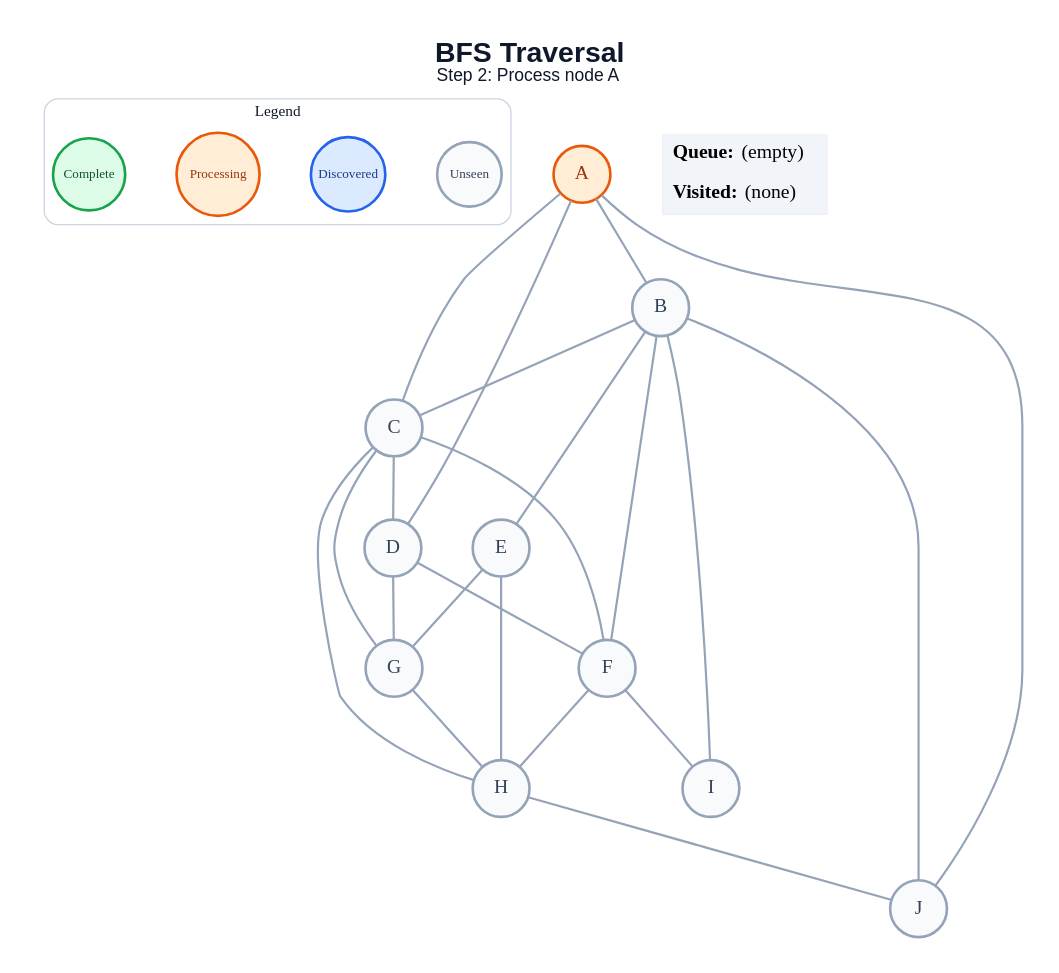
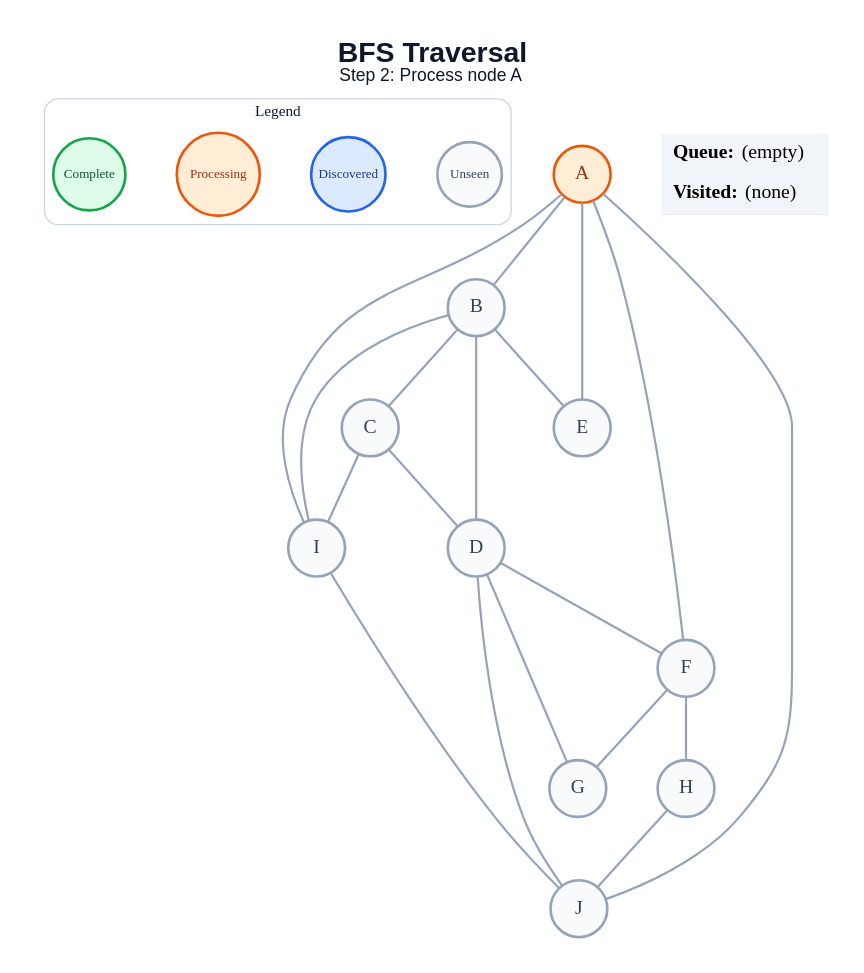
One commit to anon7238593-create/ai-slop changed the diagram in generated/bfs/step_02.dot. Above: the diagram before and after it, drawn with Graphviz. The commit also changed 178 other files, not shown here.

```diff
--- a/generated/bfs/step_02.dot
+++ b/generated/bfs/step_02.dot
@@ -1,50 +1,47 @@
 graph traversal {
   graph [layout=dot, rankdir=TB, bgcolor="#FFFFFF", pad="0.35", nodesep="0.65", ranksep="0.8", fontname="Arial"];
   node [shape=circle, style="filled", fontname="Arial Bold", fontsize=18, width=0.72, fixedsize=true, penwidth=2.4];
   edge [color="#94A3B8", penwidth=2.0];
   label=<<B>BFS Traversal</B><BR/><FONT POINT-SIZE="16">Step 2: Process node A</FONT>>; labelloc="t"; fontsize=26; fontname="Arial"; fontcolor="#0F172A";
   subgraph cluster_legend { label="Legend"; color="#CBD5E1"; penwidth=1.2; style="rounded"; fontsize=14; fontname="Arial Bold";
     key_unseen [label="Unseen", fillcolor="#F8FAFC", color="#94A3B8", fontcolor="#334155", fontsize=12, width=0.82];
     key_frontier [label="Discovered", fillcolor="#DBEAFE", color="#2563EB", fontcolor="#1E3A8A", fontsize=12, width=0.95];
     key_current [label="Processing", fillcolor="#FFEDD5", color="#EA580C", fontcolor="#9A3412", fontsize=12, width=1.05];
     key_done [label="Complete", fillcolor="#DCFCE7", color="#16A34A", fontcolor="#14532D", fontsize=12, width=0.92];
     { rank=same; key_unseen; key_frontier; key_current; key_done; }
   }
   A [fillcolor="#FFEDD5", color="#EA580C", fontcolor="#9A3412"];
   B [fillcolor="#F8FAFC", color="#94A3B8", fontcolor="#334155"];
   C [fillcolor="#F8FAFC", color="#94A3B8", fontcolor="#334155"];
   D [fillcolor="#F8FAFC", color="#94A3B8", fontcolor="#334155"];
   E [fillcolor="#F8FAFC", color="#94A3B8", fontcolor="#334155"];
   F [fillcolor="#F8FAFC", color="#94A3B8", fontcolor="#334155"];
   G [fillcolor="#F8FAFC", color="#94A3B8", fontcolor="#334155"];
   H [fillcolor="#F8FAFC", color="#94A3B8", fontcolor="#334155"];
   I [fillcolor="#F8FAFC", color="#94A3B8", fontcolor="#334155"];
   J [fillcolor="#F8FAFC", color="#94A3B8", fontcolor="#334155"];
   A -- B;
-  A -- C;
-  A -- D;
+  A -- E;
+  A -- F;
+  A -- I;
   A -- J;
   B -- C;
+  B -- D;
   B -- E;
-  B -- F;
   B -- I;
-  B -- J;
   C -- D;
-  C -- F;
-  C -- G;
-  C -- H;
+  C -- I;
   D -- F;
   D -- G;
-  E -- G;
-  E -- H;
+  D -- J;
+  F -- G;
   F -- H;
-  F -- I;
-  G -- H;
   H -- J;
+  I -- J;
   status [shape=plain, fixedsize=false, width=0, height=0, margin=0, label=<
     <TABLE BORDER="0" CELLBORDER="0" CELLPADDING="7" BGCOLOR="#F1F5F9">
       <TR><TD ALIGN="LEFT"><B>Queue:</B> (empty)</TD></TR>
       <TR><TD ALIGN="LEFT"><B>Visited:</B> (none)</TD></TR>
     </TABLE>
   >];
 }
```
